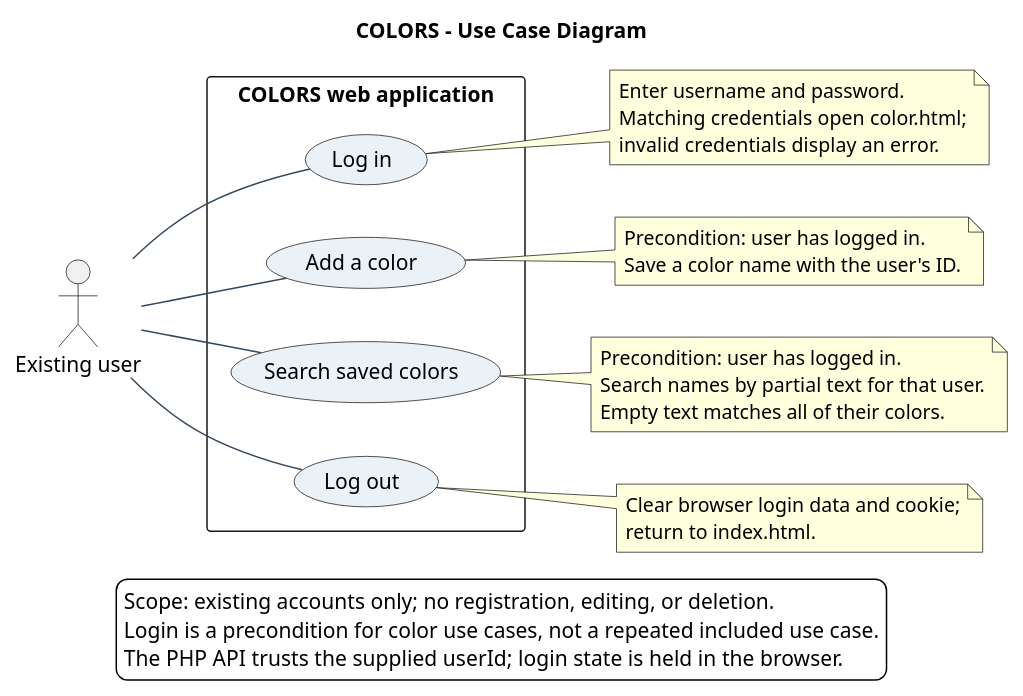
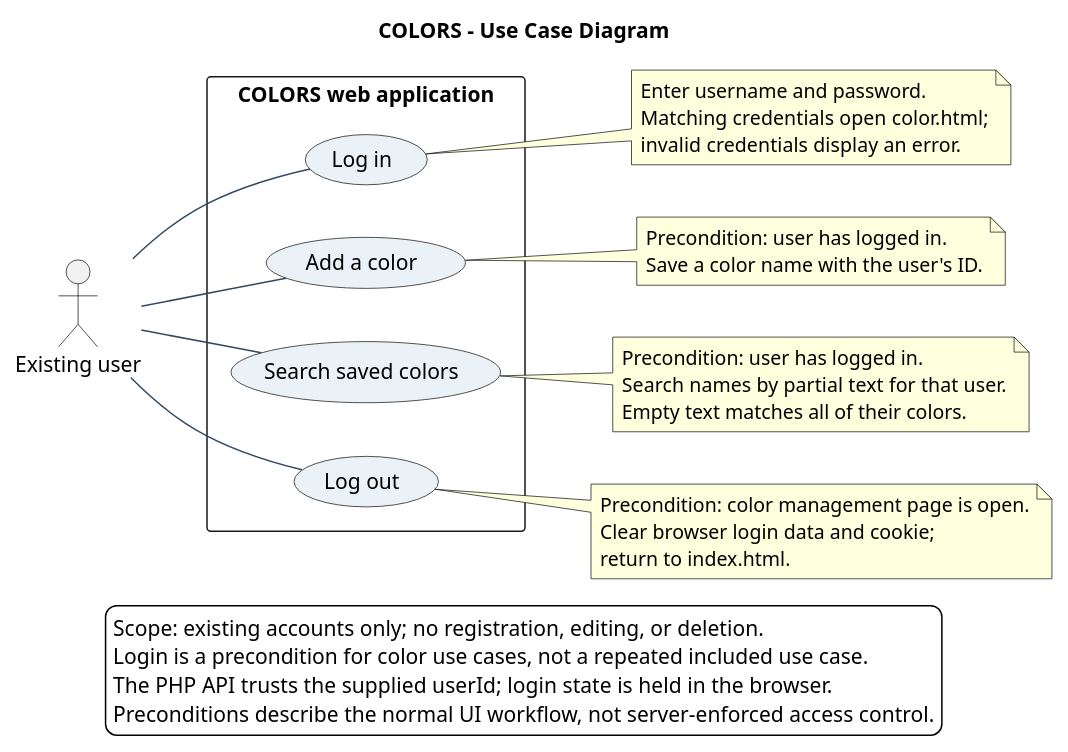
Before and after one commit to Martaino/colors-lamp: the diagram in docs/uml/usecase.puml, drawn with PlantUML. The commit also changed 9 other files, not shown here.

Commit message:
Correct UML details and clarify application behavior and notation

```diff
--- a/docs/uml/usecase.puml
+++ b/docs/uml/usecase.puml
@@ -1,46 +1,48 @@
 @startuml
 title COLORS - Use Case Diagram
 left to right direction
 skinparam backgroundColor white
 skinparam shadowing false
 skinparam defaultFontName SansSerif
 skinparam packageStyle rectangle
 skinparam usecaseBackgroundColor #EAF2F8
 skinparam ArrowColor #34495E
 
 actor "Existing user" as User
 rectangle "COLORS web application" {
   usecase "Log in" as Login
   usecase "Add a color" as Add
   usecase "Search saved colors" as Search
   usecase "Log out" as Logout
 }
 User -- Login
 User -- Add
 User -- Search
 User -- Logout
 
 note right of Login
   Enter username and password.
   Matching credentials open color.html;
   invalid credentials display an error.
 end note
 note right of Add
   Precondition: user has logged in.
   Save a color name with the user's ID.
 end note
 note right of Search
   Precondition: user has logged in.
   Search names by partial text for that user.
   Empty text matches all of their colors.
 end note
 note right of Logout
+  Precondition: color management page is open.
   Clear browser login data and cookie;
   return to index.html.
 end note
 legend bottom
   Scope: existing accounts only; no registration, editing, or deletion.
   Login is a precondition for color use cases, not a repeated included use case.
   The PHP API trusts the supplied userId; login state is held in the browser.
+  Preconditions describe the normal UI workflow, not server-enforced access control.
 endlegend
 @enduml
```
